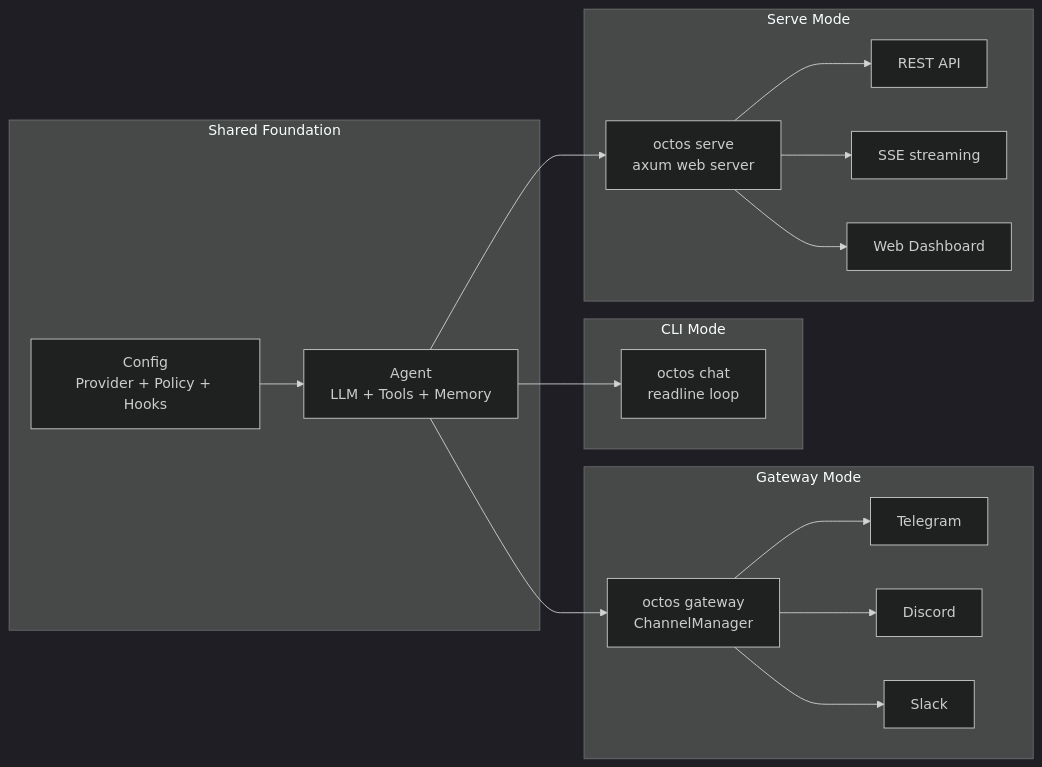
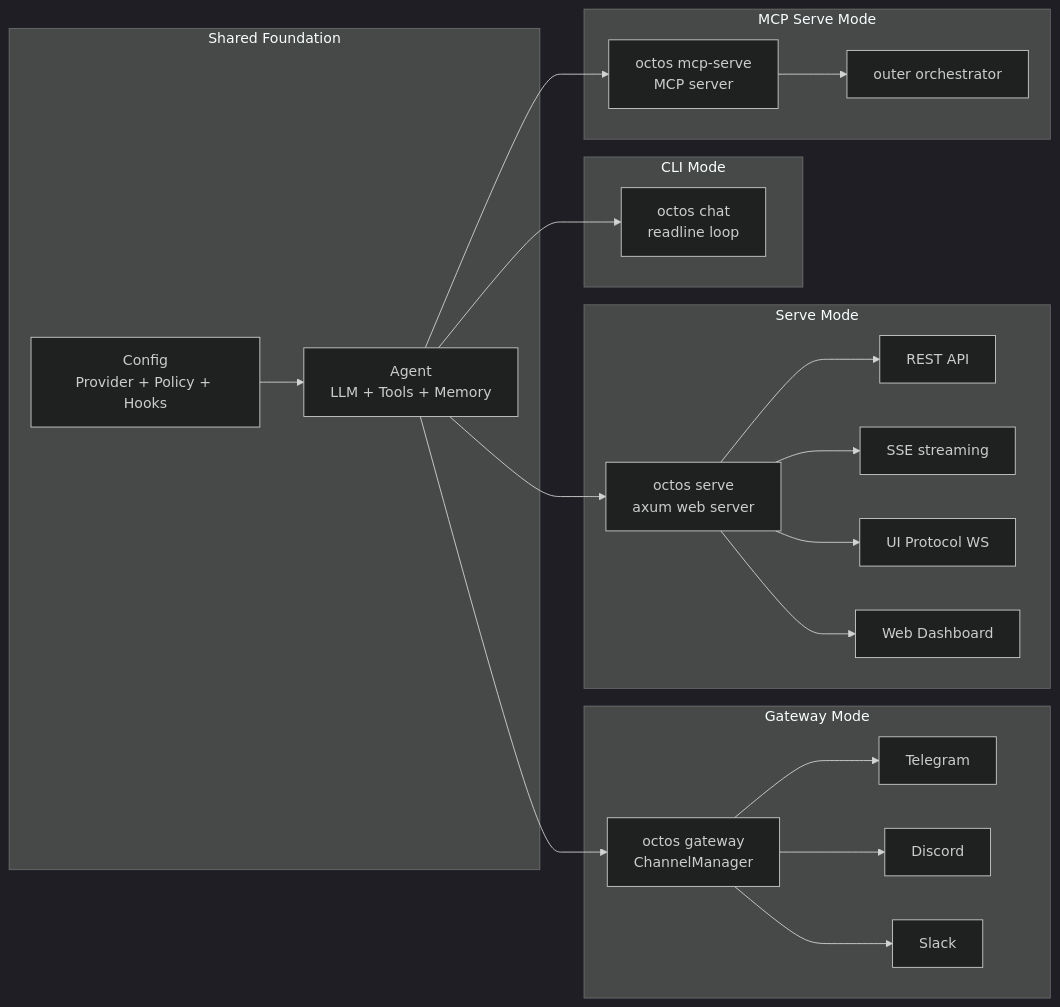
The diagram in book-en/src/part3/ch13.md (ZhangHanDong/octos-book), drawn with Mermaid (dark theme) before and after one commit. The commit also changed other lines of this file and 5 other files, not shown here.

````diff
--- a/book-en/src/part3/ch13.md
+++ b/book-en/src/part3/ch13.md
@@ -76,32 +61,40 @@
 ```mermaid
 flowchart LR
     subgraph "Shared Foundation"
         Agent["Agent<br/>LLM + Tools + Memory"]
         Config["Config<br/>Provider + Policy + Hooks"]
     end
 
     subgraph "CLI Mode"
         CLI["octos chat<br/>readline loop"]
     end
 
     subgraph "Gateway Mode"
         GW["octos gateway<br/>ChannelManager"]
         TG["Telegram"]
         DC["Discord"]
         SL["Slack"]
     end
 
     subgraph "Serve Mode"
         SV["octos serve<br/>axum web server"]
         REST["REST API"]
         SSE["SSE streaming"]
+        UIP["UI Protocol WS"]
         UI["Web Dashboard"]
+    end
+
+    subgraph "MCP Serve Mode"
+        MCP["octos mcp-serve<br/>MCP server"]
+        ORCH["outer orchestrator"]
     end
 
     Config --> Agent
     Agent --> CLI
     Agent --> GW
     Agent --> SV
+    Agent --> MCP
     GW --> TG & DC & SL
-    SV --> REST & SSE & UI
+    SV --> REST & SSE & UIP & UI
+    MCP --> ORCH
 ```
````
